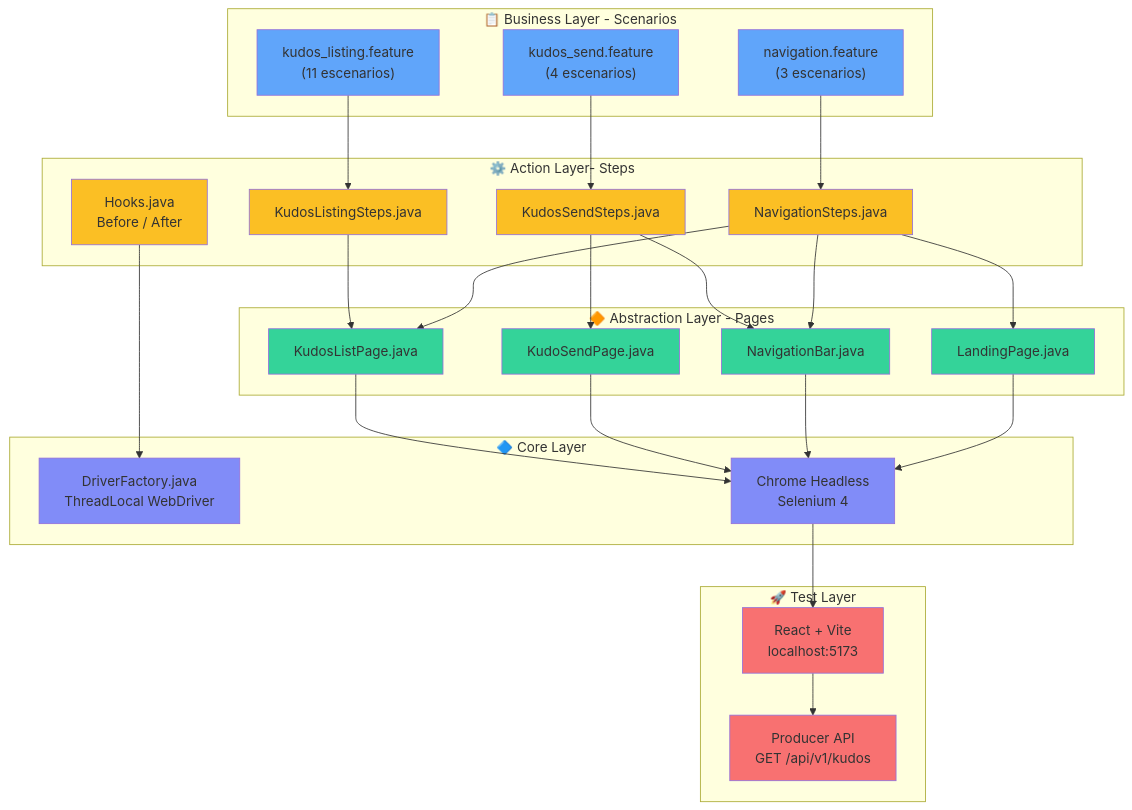
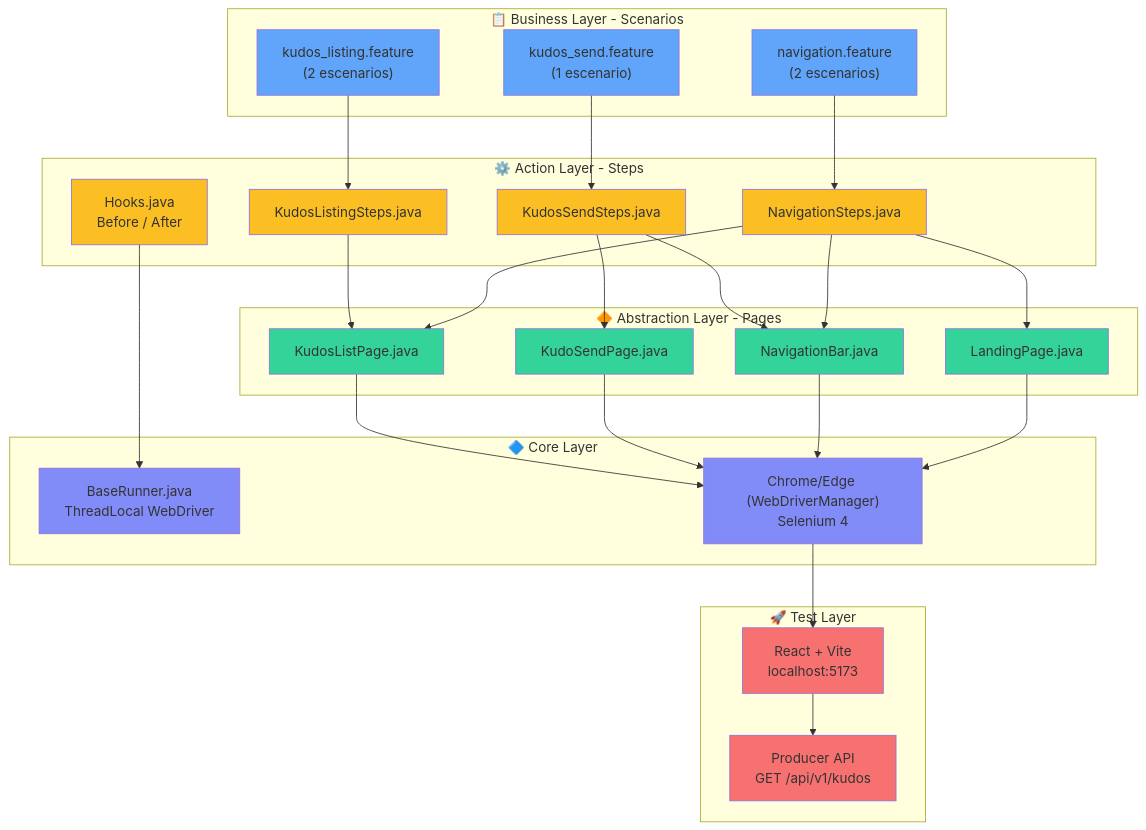
The diagram in README.md (majoymajo/AUTO_FRONT_POM_FACTORY), drawn with Mermaid before and after one commit. The commit also changed other lines of this file, not shown here.

````diff
--- a/README.md
+++ b/README.md
@@ -25,62 +27,62 @@
 ```mermaid
 graph TD
     subgraph Features["📋 Business Layer - Scenarios"]
 
-        F1["kudos_listing.feature<br/>(11 escenarios)"]
-        F2["kudos_send.feature<br/>(4 escenarios)"]
-        F3["navigation.feature<br/>(3 escenarios)"]
+        F1["kudos_listing.feature<br/>(2 escenarios)"]
+        F2["kudos_send.feature<br/>(1 escenario)"]
+        F3["navigation.feature<br/>(2 escenarios)"]
     end
 
-    subgraph StepDefs["⚙️ Action Layer- Steps"]
+    subgraph StepDefs["⚙️ Action Layer - Steps"]
 
         S1["KudosListingSteps.java"]
         S2["KudosSendSteps.java"]
         S3["NavigationSteps.java"]
         S4["Hooks.java<br/>Before / After"]
     end
 
     subgraph PageObj["🔶 Abstraction Layer - Pages"]
 
         P1["KudosListPage.java"]
         P2["KudoSendPage.java"]
         P3["NavigationBar.java"]
         P4["LandingPage.java"]
     end
 
     subgraph Infra["🔷 Core Layer"]
     
-        D["DriverFactory.java<br/>ThreadLocal WebDriver"]
-        B["Chrome Headless<br/>Selenium 4"]
+        D["BaseRunner.java<br/>ThreadLocal WebDriver"]
+        B["Chrome/Edge (WebDriverManager)<br/>Selenium 4"]
     end
 
     subgraph App["🚀 Test Layer"]
         WEB["React + Vite<br/>localhost:5173"]
         API["Producer API<br/>GET /api/v1/kudos"]
     end
 
     F1 --> S1
     F2 --> S2
     F3 --> S3
     S1 --> P1
     S2 --> P2 & P3
     S3 --> P1 & P3 & P4
     S4 --> D
     P1 & P2 & P3 & P4 --> B
     B --> WEB --> API
 
     style F1 fill:#60a5fa
     style F2 fill:#60a5fa
     style F3 fill:#60a5fa
     style S1 fill:#fbbf24
     style S2 fill:#fbbf24
     style S3 fill:#fbbf24
     style S4 fill:#fbbf24
     style P1 fill:#34d399
     style P2 fill:#34d399
     style P3 fill:#34d399
     style P4 fill:#34d399
     style D fill:#818cf8
     style B fill:#818cf8
     style WEB fill:#f87171
     style API fill:#f87171
 ```
````
